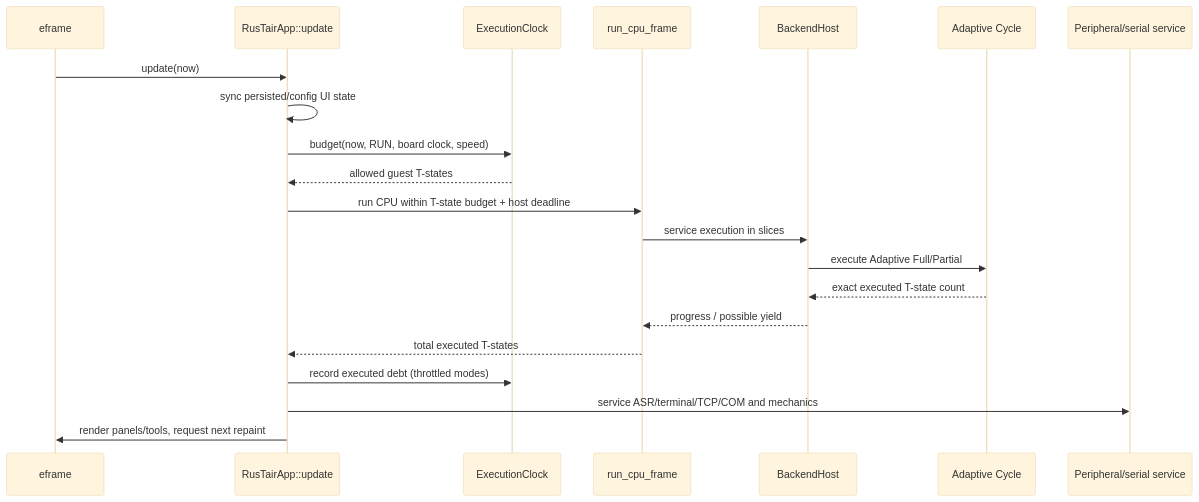
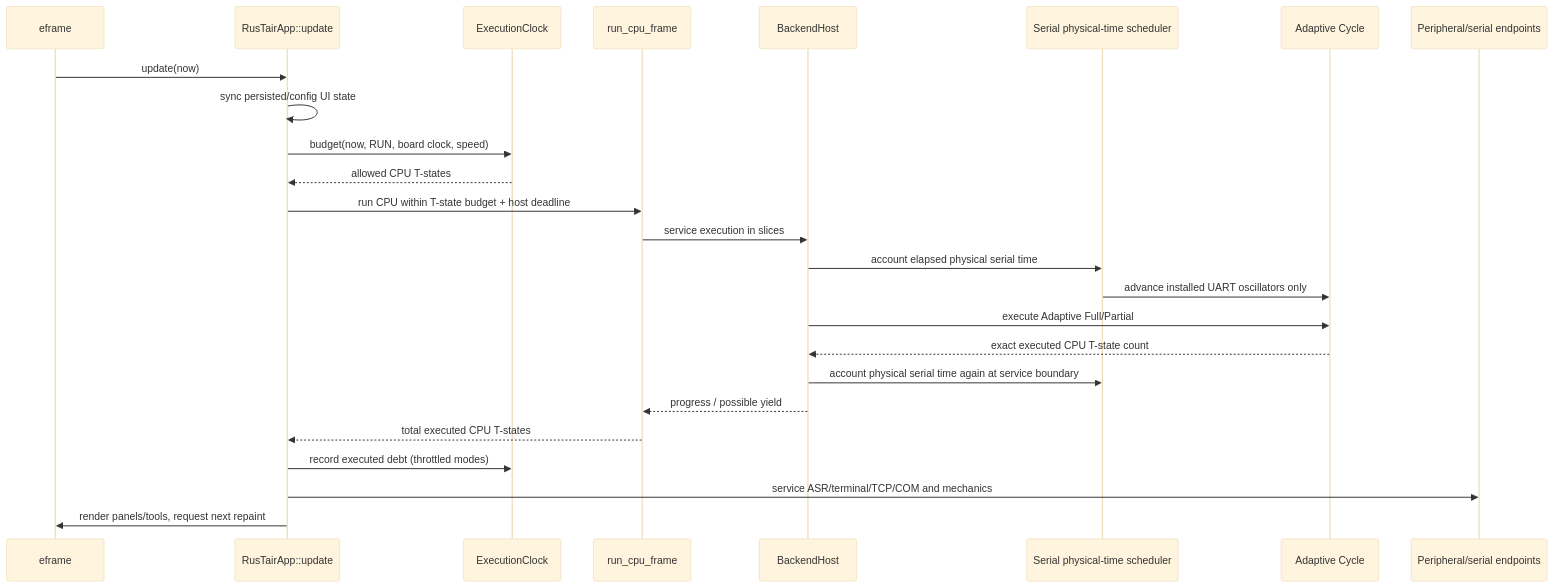
Before and after one commit to TheWinterLynx/RusTair: the second of 8 diagrams in docs/RUNTIME_FLOWS.md, drawn with Mermaid (base theme). The commit also changed other lines of this file, not shown here.

Commit message:
Document independent serial runtime clock flow

````diff
--- a/docs/RUNTIME_FLOWS.md
+++ b/docs/RUNTIME_FLOWS.md
@@ -34,24 +34,28 @@
 ```mermaid
 sequenceDiagram
     participant E as eframe
     participant A as RusTairApp::update
     participant C as ExecutionClock
     participant F as run_cpu_frame
     participant B as BackendHost
+    participant S as Serial physical-time scheduler
     participant M as Adaptive Cycle
-    participant P as Peripheral/serial service
+    participant P as Peripheral/serial endpoints
 
     E->>A: update(now)
     A->>A: sync persisted/config UI state
     A->>C: budget(now, RUN, board clock, speed)
-    C-->>A: allowed guest T-states
+    C-->>A: allowed CPU T-states
     A->>F: run CPU within T-state budget + host deadline
     F->>B: service execution in slices
+    B->>S: account elapsed physical serial time
+    S->>M: advance installed UART oscillators only
     B->>M: execute Adaptive Full/Partial
-    M-->>B: exact executed T-state count
+    M-->>B: exact executed CPU T-state count
+    B->>S: account physical serial time again at service boundary
     B-->>F: progress / possible yield
-    F-->>A: total executed T-states
+    F-->>A: total executed CPU T-states
     A->>C: record executed debt (throttled modes)
     A->>P: service ASR/terminal/TCP/COM and mechanics
     A->>E: render panels/tools, request next repaint
 ```
````
